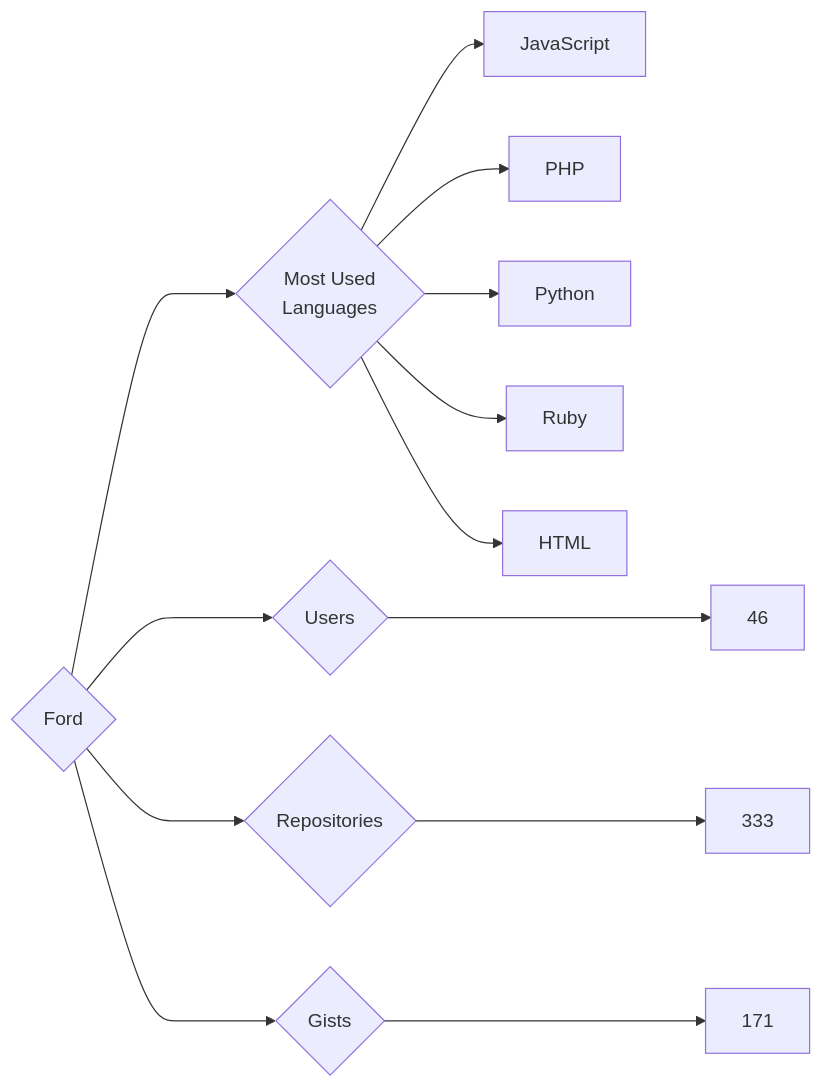
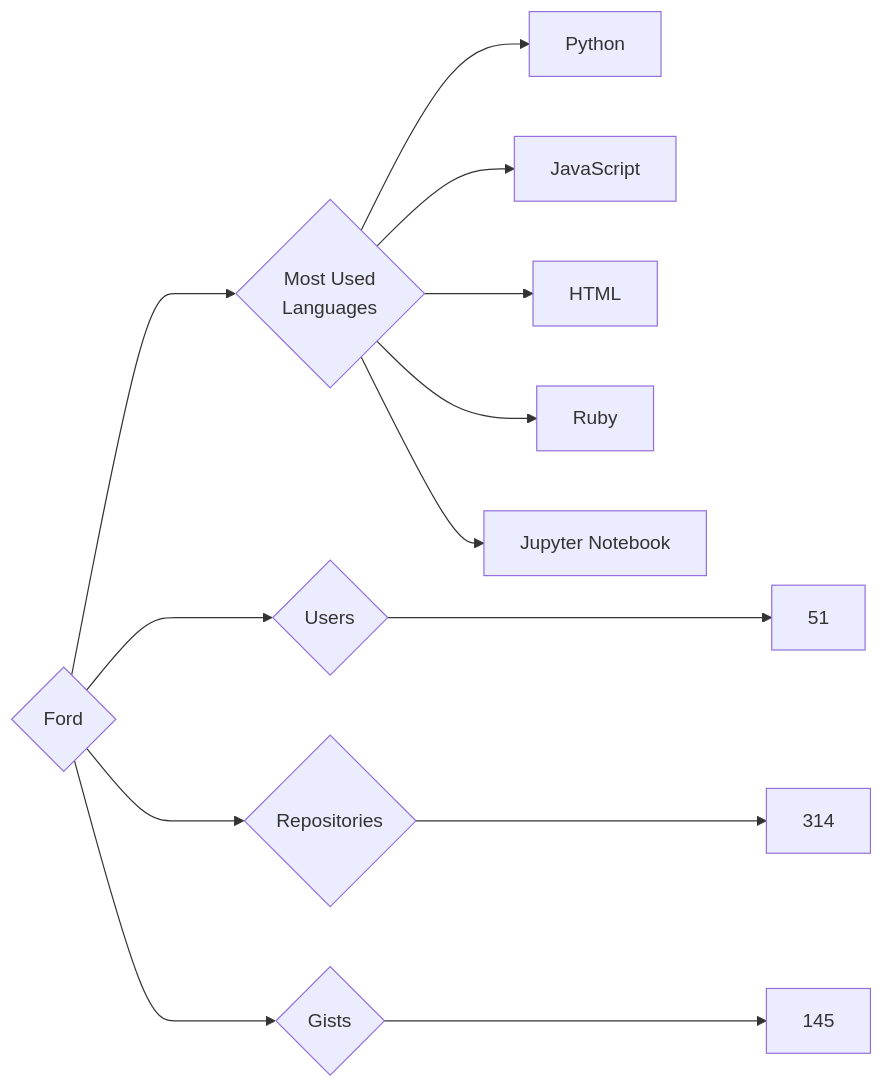
One commit to trickest/insiders changed the diagram in targets/Ford/README.md. Above: the diagram before and after it, drawn with Mermaid. The commit also changed 951 other files, not shown here.

````diff
--- a/targets/Ford/README.md
+++ b/targets/Ford/README.md
@@ -3,13 +3,13 @@
 ```mermaid
 graph LR
 COMPANY_NAME{Ford}
-COMPANY_NAME ---> U{Users} ---> UN[46]
-COMPANY_NAME ---> R{Repositories} ---> RN[333]
-COMPANY_NAME ---> G{Gists} ---> GN[171]
+COMPANY_NAME ---> U{Users} ---> UN[51]
+COMPANY_NAME ---> R{Repositories} ---> RN[314]
+COMPANY_NAME ---> G{Gists} ---> GN[145]
 COMPANY_NAME ---> ML{Most Used<br>Languages}
+ML --> Python[Python]
 ML --> JavaScript[JavaScript]
-ML --> PHP[PHP]
-ML --> Python[Python]
+ML --> HTML[HTML]
 ML --> Ruby[Ruby]
-ML --> HTML[HTML]
+ML --> Jupyter_Notebook[Jupyter Notebook]
 ```
````
